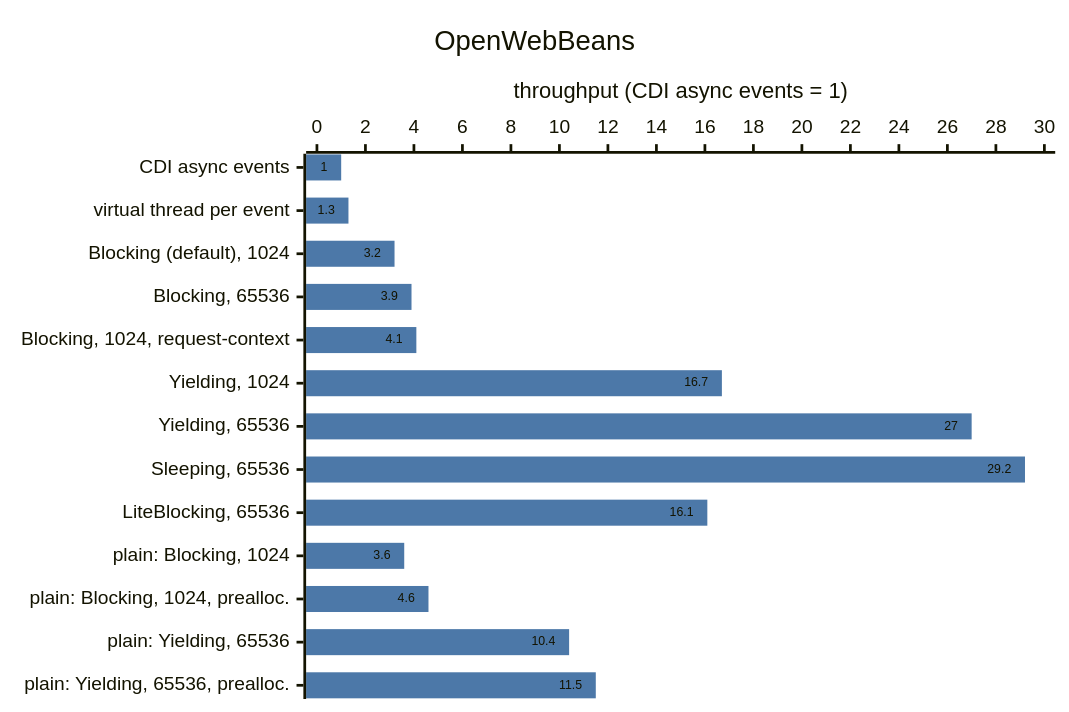
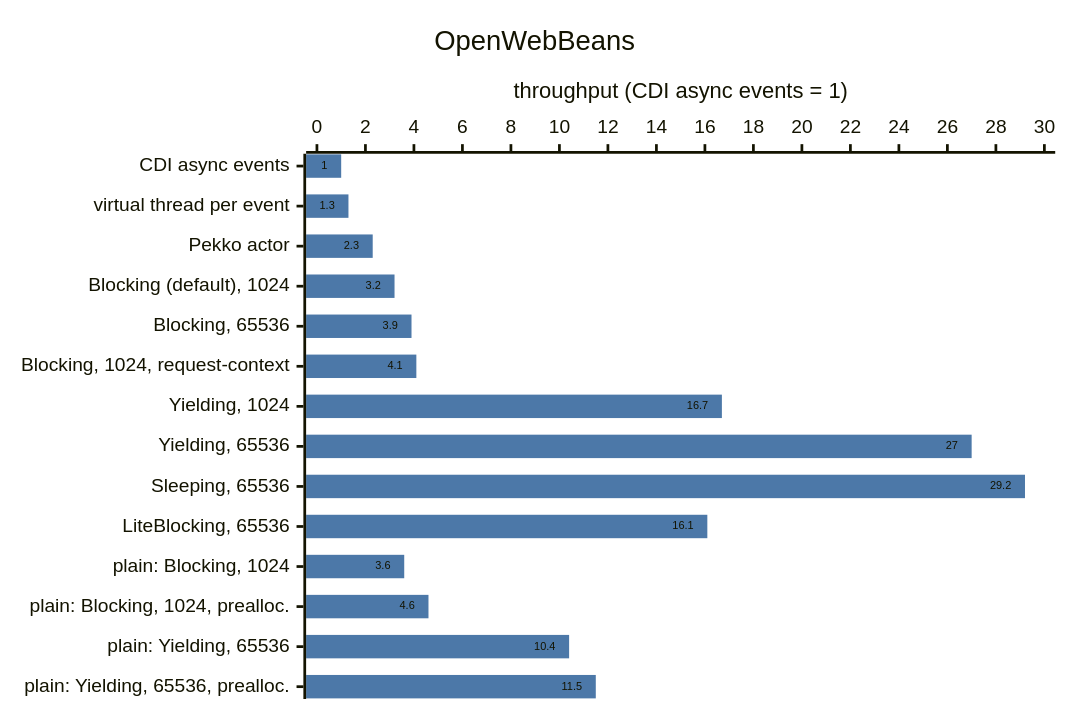
One commit to os890/cdi-disruptor-addon changed the fourth of 4 diagrams in README.md. Above: the diagram before and after it, drawn with Mermaid. The commit also changed other lines of this file, not shown here.

First line of the commit message:
Add Apache Pekko actors to the README performance results

````diff
--- a/README.md
+++ b/README.md
@@ -242,16 +246,16 @@
 ```mermaid
 ---
 config:
   xyChart:
     width: 760
     showDataLabel: true
   themeVariables:
     xyChart:
       plotColorPalette: "#4C78A8"
 ---
 xychart-beta horizontal
     title "OpenWebBeans"
-    x-axis ["CDI async events", "virtual thread per event", "Blocking (default), 1024", "Blocking, 65536", "Blocking, 1024, request-context", "Yielding, 1024", "Yielding, 65536", "Sleeping, 65536", "LiteBlocking, 65536", "plain: Blocking, 1024", "plain: Blocking, 1024, prealloc.", "plain: Yielding, 65536", "plain: Yielding, 65536, prealloc."]
+    x-axis ["CDI async events", "virtual thread per event", "Pekko actor", "Blocking (default), 1024", "Blocking, 65536", "Blocking, 1024, request-context", "Yielding, 1024", "Yielding, 65536", "Sleeping, 65536", "LiteBlocking, 65536", "plain: Blocking, 1024", "plain: Blocking, 1024, prealloc.", "plain: Yielding, 65536", "plain: Yielding, 65536, prealloc."]
     y-axis "throughput (CDI async events = 1)" 0 --> 30
-    bar [1.0, 1.3, 3.2, 3.9, 4.1, 16.7, 27.0, 29.2, 16.1, 3.6, 4.6, 10.4, 11.5]
+    bar [1.0, 1.3, 2.3, 3.2, 3.9, 4.1, 16.7, 27.0, 29.2, 16.1, 3.6, 4.6, 10.4, 11.5]
 ```
````
